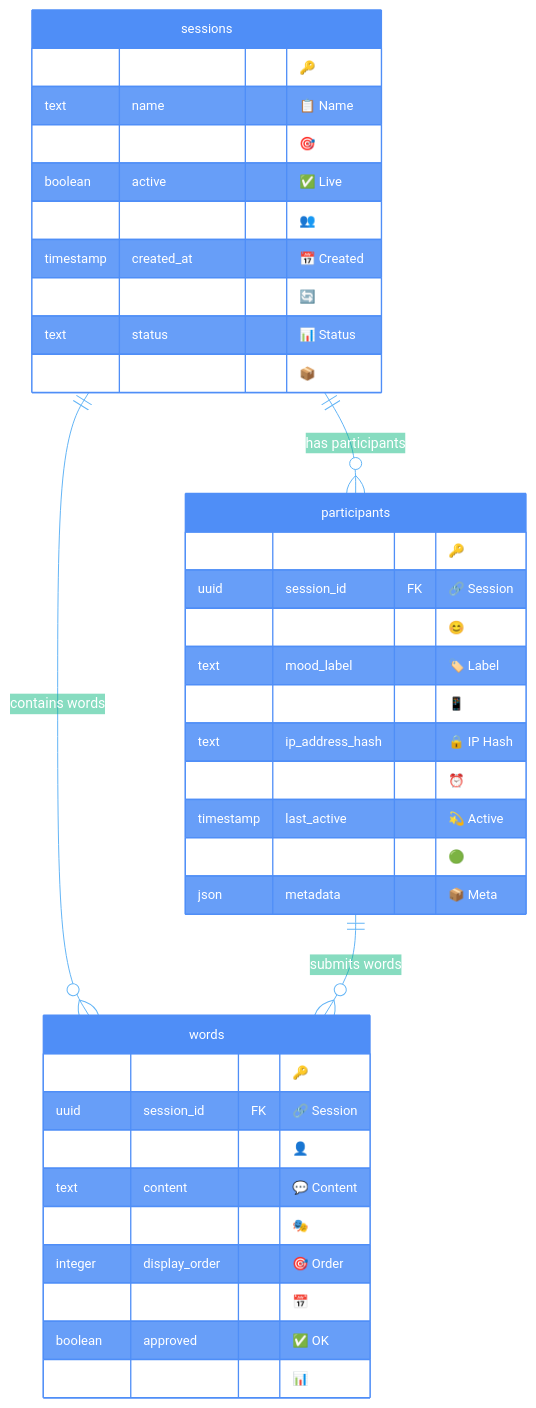
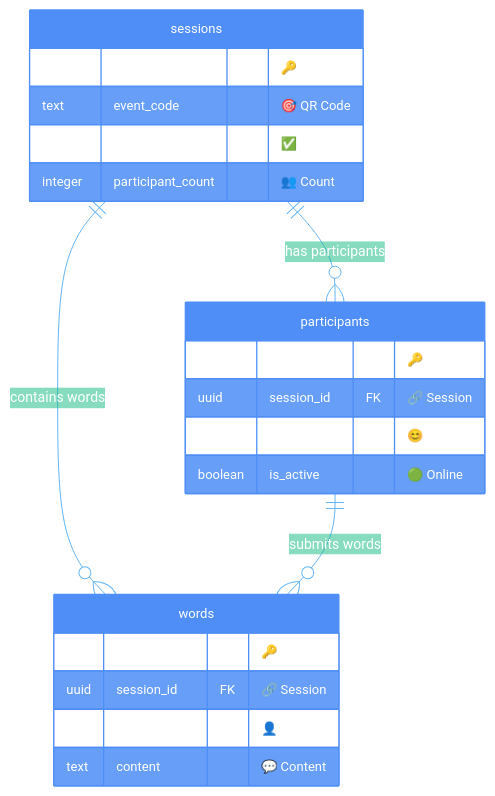
Before and after one commit to asabaal/qcf2026experience: the diagram in mvp1_database_diagram.md, drawn with Mermaid. The commit also changed other lines of this file, not shown here.

````diff
--- a/mvp1_database_diagram.md
+++ b/mvp1_database_diagram.md
@@ -8,46 +8,30 @@
 ```mermaid
 %%{init: {'theme':'base', 'themeVariables': { 'background': '#0a0e27', 'primaryColor': '#4f8ef7', 'primaryTextColor': '#ffffff', 'primaryBorderColor': '#4f8ef7', 'lineColor': '#64b5f6', 'sectionBkColor': '#2563eb', 'altSectionBkColor': '#7c3aed', 'gridColor': '#ffffff', 'secondaryColor': '#06b6d4', 'tertiaryColor': '#10b981', 'quaternaryColor': '#8b5cf6', 'fontFamily': 'Arial, sans-serif', 'fontSize': '13px'}}}%%
 erDiagram
-    %% 🔥 MVP 1.0 CORE TABLES - BULLETPROOF BASICS
+    %% 🔥 BARE MINIMUM TABLES - JUST WHAT WE NEED
     sessions {
         uuid id PK "🔑 PK"
-        text name "📋 Name"
         text event_code "🎯 QR Code"
         boolean active "✅ Live"
         integer participant_count "👥 Count"
-        timestamp created_at "📅 Created"
-        timestamp updated_at "🔄 Updated"
-        text status "📊 Status"
-        json metadata "📦 Meta"
     }
     
     participants {
         uuid id PK "🔑 PK"
         uuid session_id FK "🔗 Session"
         text mood_emoji "😊 Mood"
-        text mood_label "🏷️ Label"
-        text user_agent "📱 Device"
-        text ip_address_hash "🔒 IP Hash"
-        timestamp joined_at "⏰ Joined"
-        timestamp last_active "💫 Active"
         boolean is_active "🟢 Online"
-        json metadata "📦 Meta"
     }
     
     words {
         uuid id PK "🔑 PK"
         uuid session_id FK "🔗 Session"
         uuid participant_id FK "👤 Author"
         text content "💬 Content"
-        text mood_context "🎭 Context"
-        integer display_order "🎯 Order"
-        timestamp created_at "📅 Created"
-        boolean approved "✅ OK"
-        text status "📊 Status"
     }
 
-    %% 🔗 CORE RELATIONSHIPS - SIMPLE & CLEAN
+    %% 🔗 CORE RELATIONSHIPS
     sessions ||--o{ participants : "has participants"
     sessions ||--o{ words : "contains words"
     participants ||--o{ words : "submits words"
 ```
````
